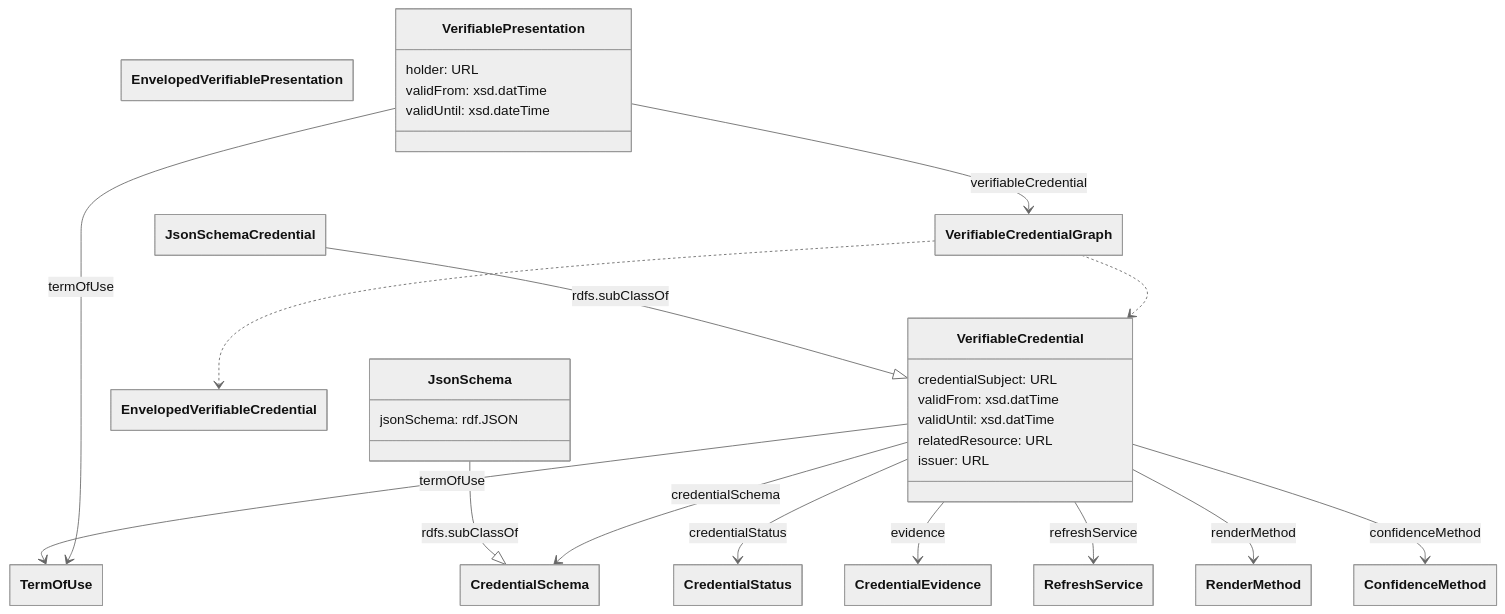
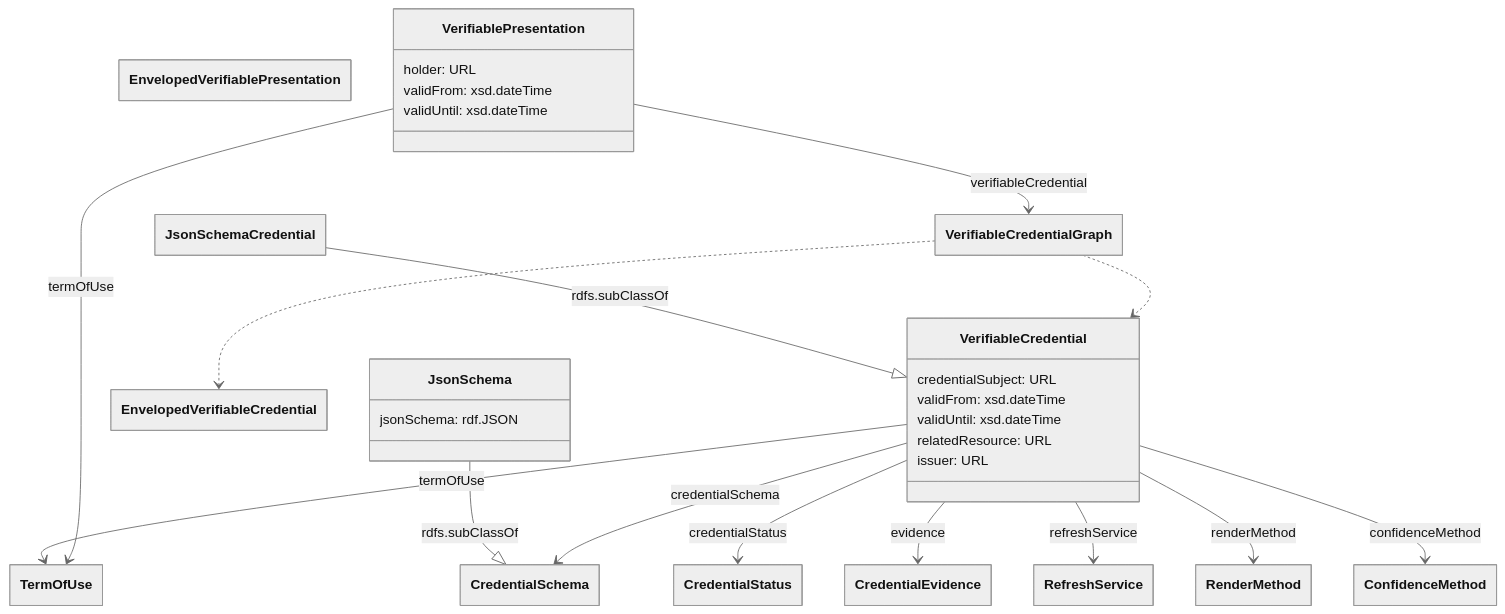
The diagram in vocab/credentials/v2.1/vocabulary.mmd (w3c/vc-data-model), drawn with Mermaid before and after one commit. The commit also changed other lines of this file and 6 other files, not shown here.

```diff
--- a/vocab/credentials/v2.1/vocabulary.mmd
+++ b/vocab/credentials/v2.1/vocabulary.mmd
@@ -1,55 +1,55 @@
 %%{
     init: {
         "theme" : "neutral",
         "class": {
             "hideEmptyMembersBox": true
         }
     }
 }%%
 classDiagram
     class VerifiableCredential {
         credentialSubject: URL
-        validFrom: xsd.datTime
-        validUntil: xsd.datTime
+        validFrom: xsd.dateTime
+        validUntil: xsd.dateTime
         relatedResource: URL
         issuer: URL
     }
 
     class CredentialSchema {}
     class CredentialStatus {}
     class CredentialEvidence {}
     class RefreshService {}
     class RenderMethod {}
     class ConfidenceMethod {}
     class TermOfUse {}
 
     class JsonSchemaCredential {}
     class VerifiableCredentialGraph {}
 
     class EnvelopedVerifiablePresentation {}
     class EnvelopedVerifiableCredential {}
     class VerifiablePresentation {
         holder: URL
-        validFrom: xsd.datTime
+        validFrom: xsd.dateTime
         validUntil: xsd.dateTime
     }
     class JsonSchema {
         jsonSchema: rdf.JSON
     }
 
     JsonSchemaCredential --|> VerifiableCredential : rdfs.subClassOf
     JsonSchema --|> CredentialSchema : rdfs.subClassOf
 
     VerifiableCredential --> CredentialSchema : credentialSchema
     VerifiableCredential --> CredentialStatus : credentialStatus
     VerifiableCredential --> CredentialEvidence : evidence
     VerifiableCredential --> RefreshService : refreshService
     VerifiableCredential --> RenderMethod : renderMethod
     VerifiableCredential --> ConfidenceMethod : confidenceMethod
     VerifiableCredential --> TermOfUse : termOfUse
 
     VerifiablePresentation --> TermOfUse : termOfUse
     VerifiablePresentation --> VerifiableCredentialGraph : verifiableCredential
 
     VerifiableCredentialGraph ..> VerifiableCredential
     VerifiableCredentialGraph ..> EnvelopedVerifiableCredential
```
